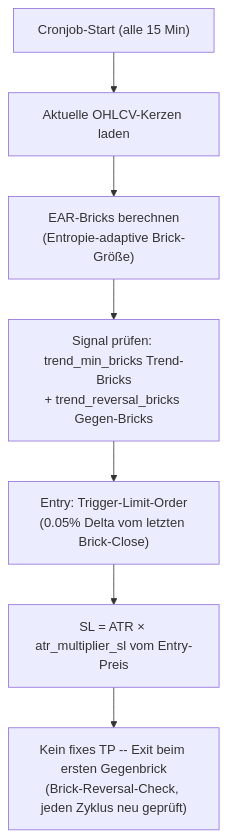
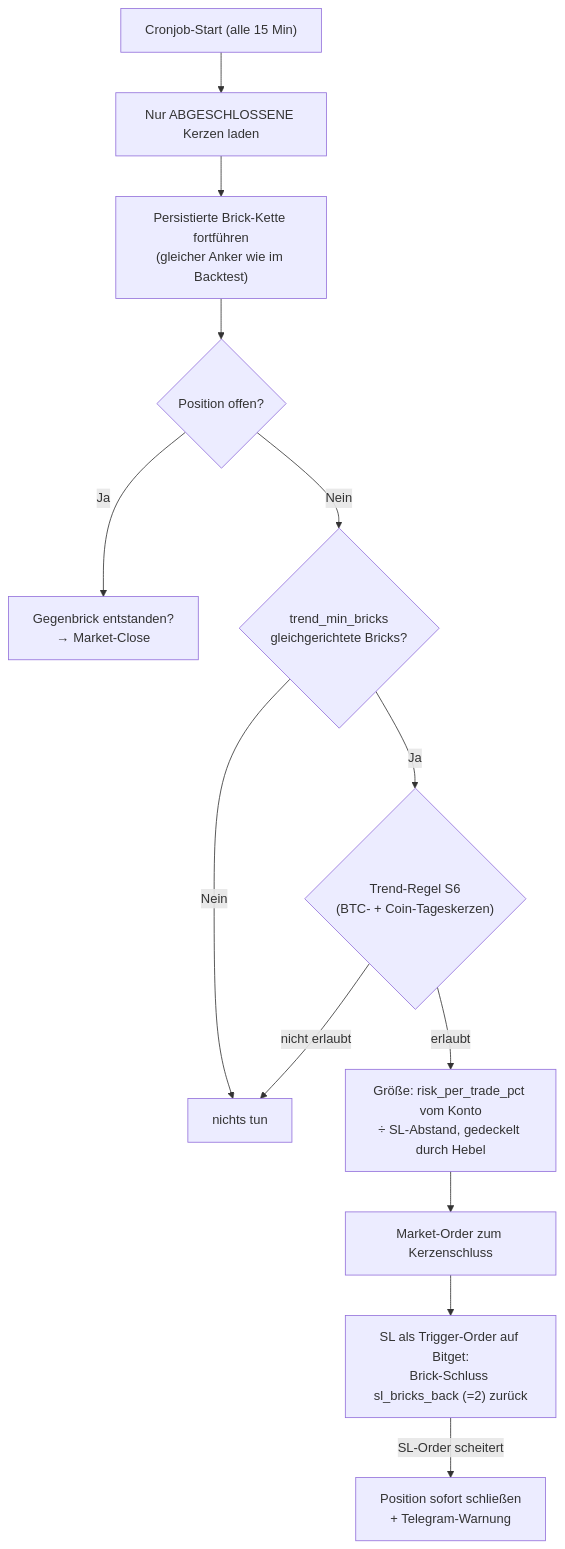
Before and after one commit to Youra82/zerobot: the fifth of 8 diagrams in README.md, drawn with Mermaid. The commit also changed other lines of this file and 4 other files, not shown here.

First line of the commit message:
README komplett aktualisiert: Trend-Regel S6, echte Live-Logik, neue Grafiken

````diff
--- a/README.md
+++ b/README.md
@@ -236,9 +301,15 @@
 ```mermaid
 flowchart TD
-    A["Cronjob-Start (alle 15 Min)"] --> B["Aktuelle OHLCV-Kerzen laden"]
-    B --> C["EAR-Bricks berechnen<br/>(Entropie-adaptive Brick-Größe)"]
-    C --> D["Signal prüfen: trend_min_bricks Trend-Bricks<br/>+ trend_reversal_bricks Gegen-Bricks"]
-    D --> E["Entry: Trigger-Limit-Order<br/>(0.05% Delta vom letzten Brick-Close)"]
-    E --> F["SL = ATR × atr_multiplier_sl vom Entry-Preis"]
-    F --> G["Kein fixes TP -- Exit beim ersten Gegenbrick<br/>(Brick-Reversal-Check, jeden Zyklus neu geprüft)"]
+    A["Cronjob-Start (alle 15 Min)"] --> B["Nur ABGESCHLOSSENE Kerzen laden"]
+    B --> C["Persistierte Brick-Kette fortführen<br/>(gleicher Anker wie im Backtest)"]
+    C --> P{"Position offen?"}
+    P -- Ja --> X["Gegenbrick entstanden?<br/>→ Market-Close"]
+    P -- Nein --> D{"trend_min_bricks<br/>gleichgerichtete Bricks?"}
+    D -- Nein --> Z["nichts tun"]
+    D -- Ja --> RF{"Trend-Regel S6<br/>(BTC- + Coin-Tageskerzen)"}
+    RF -- nicht erlaubt --> Z
+    RF -- erlaubt --> S["Größe: risk_per_trade_pct vom Konto<br/>÷ SL-Abstand, gedeckelt durch Hebel"]
+    S --> E["Market-Order zum Kerzenschluss"]
+    E --> F["SL als Trigger-Order auf Bitget:<br/>Brick-Schluss sl_bricks_back (=2) zurück"]
+    F -- "SL-Order scheitert" --> K["Position sofort schließen<br/>+ Telegram-Warnung"]
 ```
````
